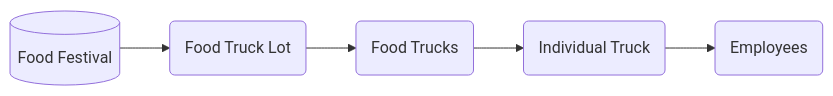
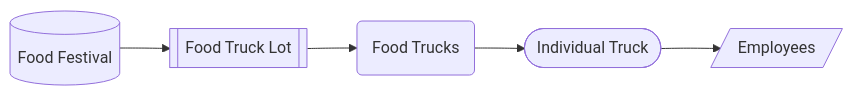
One commit to a-lalin/dynatrace-certificates changed the second of 3 diagrams in 1 Associate/2. Data Collection.md. Above: the diagram before and after it, drawn with Mermaid. The commit also changed other lines of this file and 7 other files, not shown here.

````diff
--- a/1 Associate/2. Data Collection.md
+++ b/1 Associate/2. Data Collection.md
@@ -80,7 +85,7 @@
 ```mermaid
 flowchart LR
-	A[(Food Festival)] --> B(Food Truck Lot)
+	A[(Food Festival)] --> B[[Food Truck Lot]]
 	B --> C(Food Trucks)
-	C --> D(Individual Truck)
-	D --> E(Employees)
+	C --> D([Individual Truck])
+	D --> EE@{ shape: lean-r, label: "Employees" }
 ```
````
